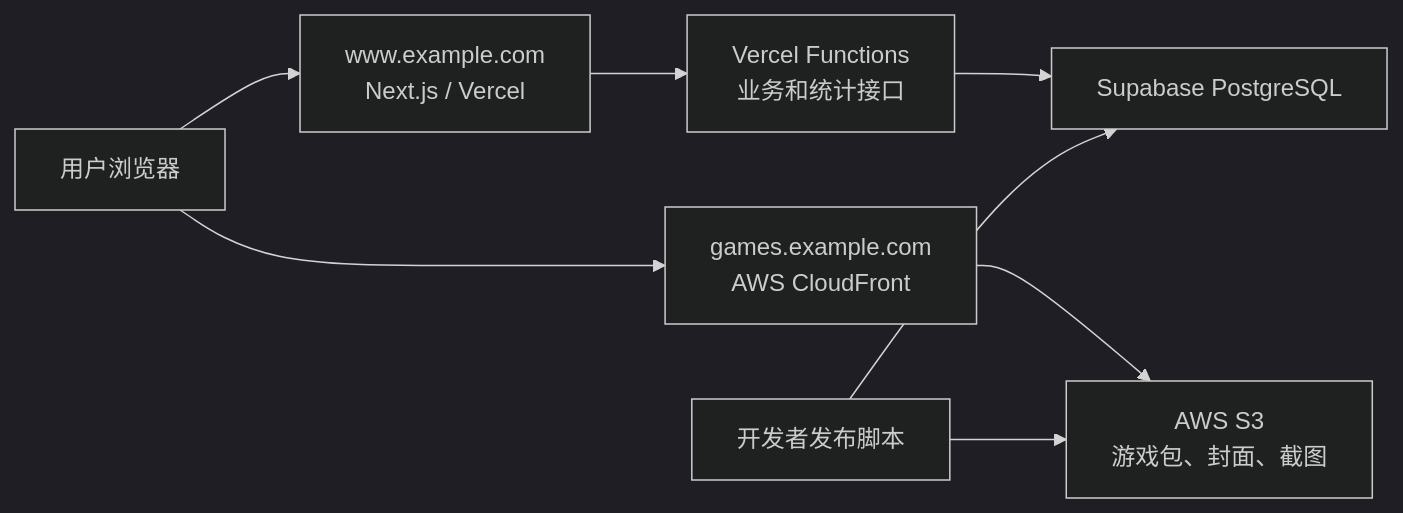
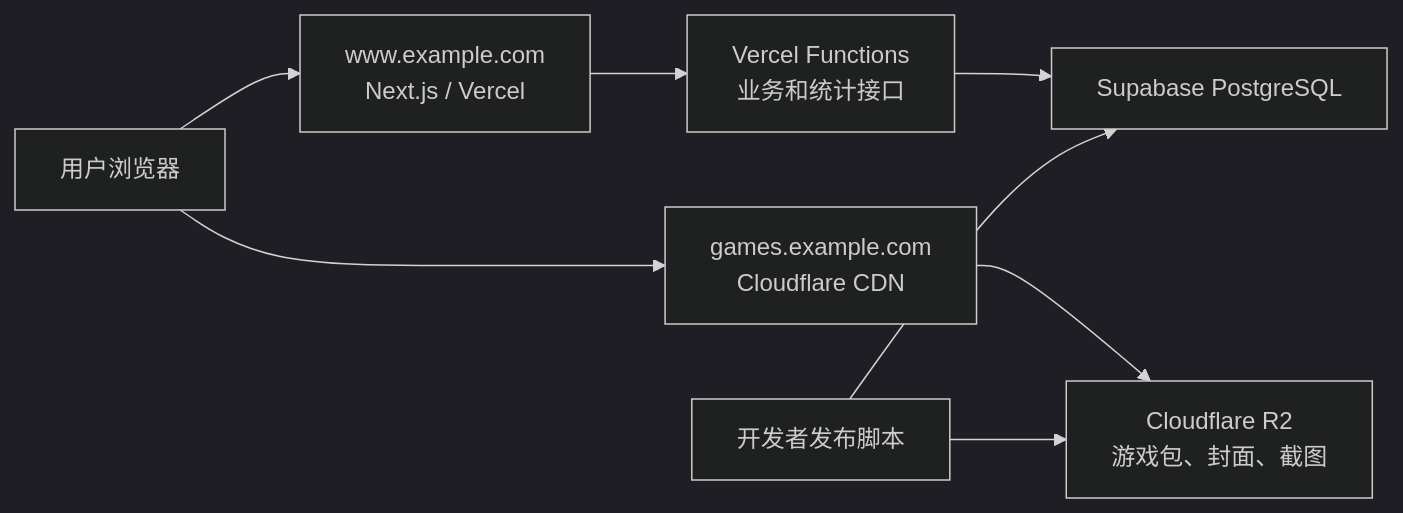
Before and after one commit to clairexuu/MoYuFun: the diagram in IDEA.md, drawn with Mermaid (dark theme). The commit also changed other lines of this file and 1 other file, not shown here.

Commit message:
chore: migrate deployment from AWS S3 to Cloudflare R2

````diff
--- a/IDEA.md
+++ b/IDEA.md
@@ -72,12 +72,12 @@
 ```mermaid
 flowchart LR
     U["用户浏览器"] --> WEB["www.example.com<br/>Next.js / Vercel"]
-    U --> CDN["games.example.com<br/>AWS CloudFront"]
-    CDN --> S3["AWS S3<br/>游戏包、封面、截图"]
+    U --> CDN["games.example.com<br/>Cloudflare CDN"]
+    CDN --> R2["Cloudflare R2<br/>游戏包、封面、截图"]
 
     WEB --> API["Vercel Functions<br/>业务和统计接口"]
     API --> SUPA["Supabase PostgreSQL"]
 
-    DEV["开发者发布脚本"] --> S3
+    DEV["开发者发布脚本"] --> R2
     DEV --> SUPA
 ```
````
